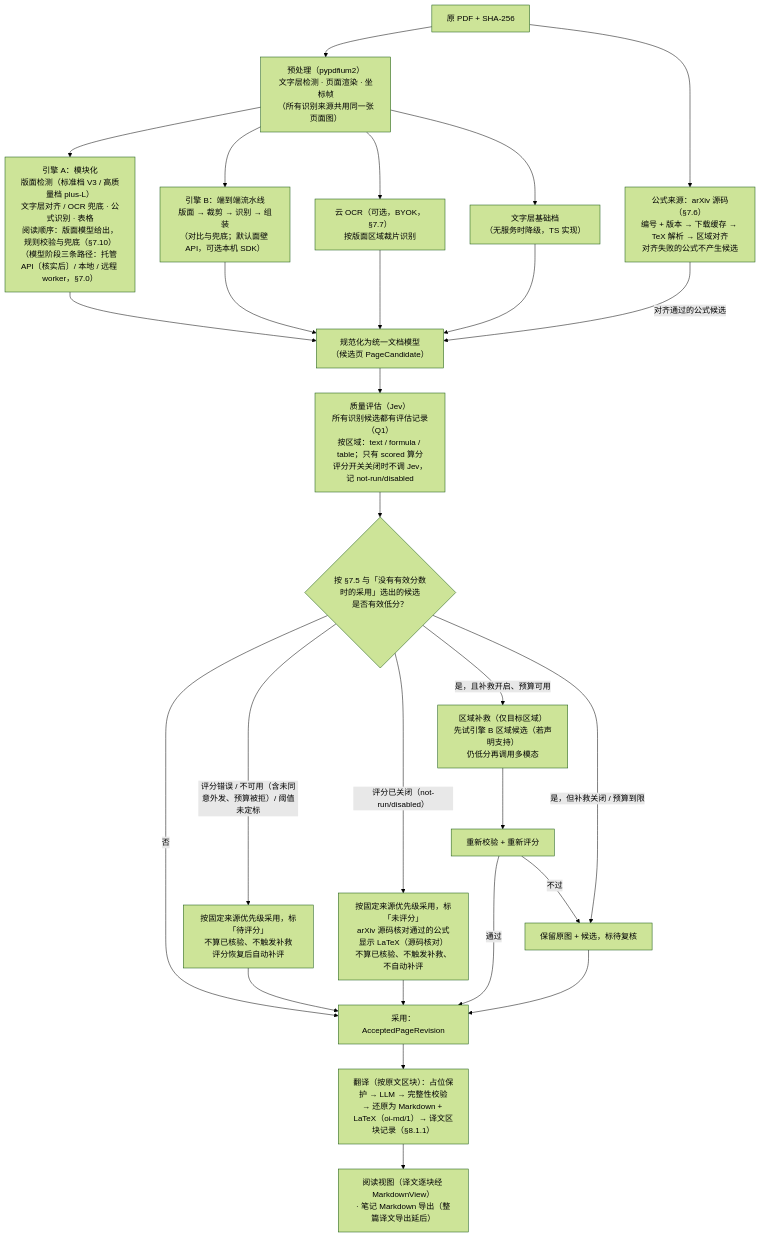
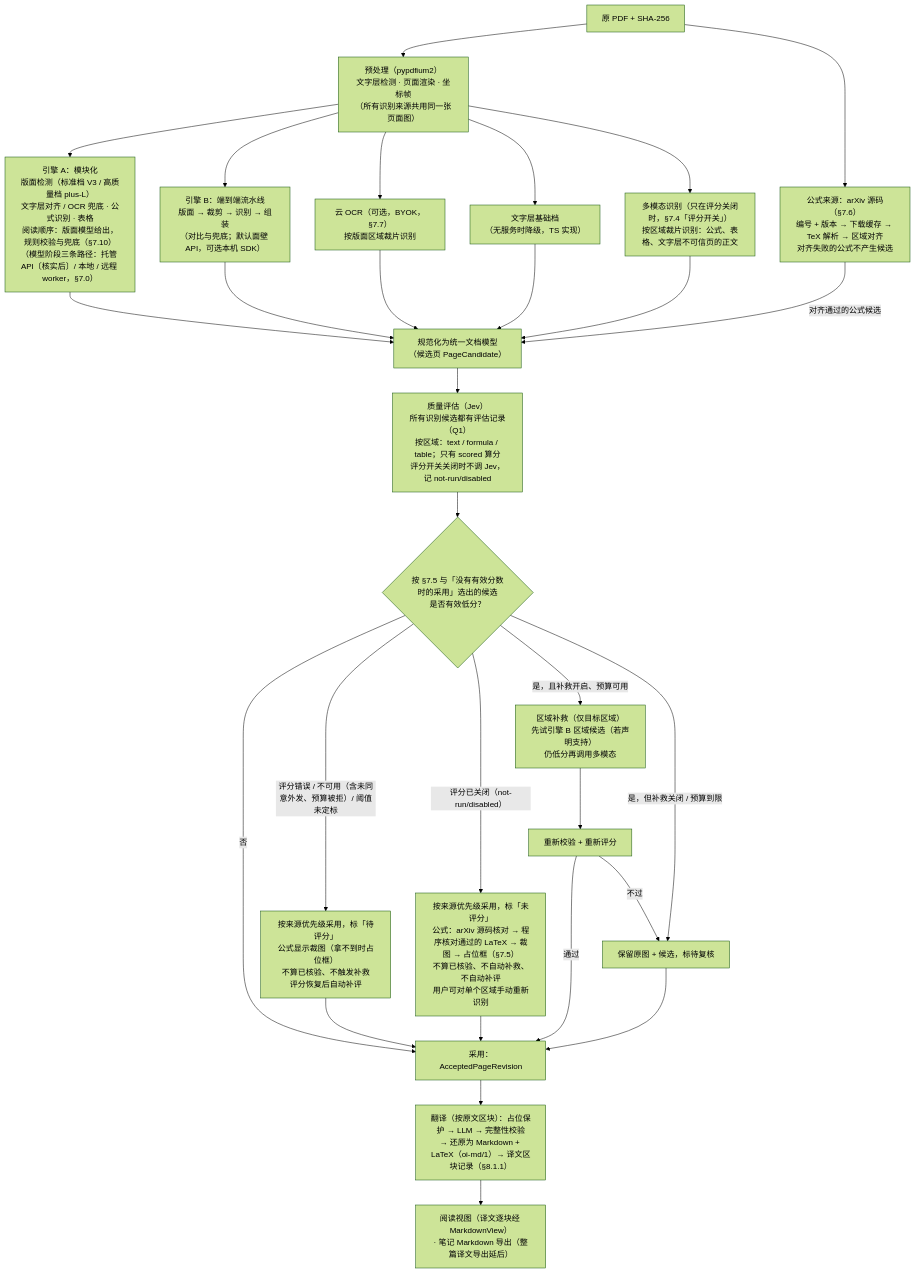
Before and after one commit to wisdom-km/open-immerse-v2: the fourth of 6 diagrams in ARCHITECTURE.md, drawn with Mermaid (forest theme). The commit also changed other lines of this file, not shown here.

````diff
--- a/ARCHITECTURE.md
+++ b/ARCHITECTURE.md
@@ -772,29 +772,31 @@
 ```mermaid
 flowchart TD
   IN["原 PDF + SHA-256"] --> PRE["预处理（pypdfium2）<br/>文字层检测 · 页面渲染 · 坐标帧<br/>（所有识别来源共用同一张页面图）"]
   IN --> AX["公式来源：arXiv 源码（§7.6）<br/>编号 + 版本 → 下载缓存 → TeX 解析 → 区域对齐<br/>对齐失败的公式不产生候选"]
   PRE --> A["引擎 A：模块化<br/>版面检测（标准档 V3 / 高质量档 plus-L）<br/>文字层对齐 / OCR 兜底 · 公式识别 · 表格<br/>阅读顺序：版面模型给出，规则校验与兜底（§7.10）<br/>（模型阶段三条路径：托管 API〔核实后〕/ 本地 / 远程 worker，§7.0）"]
   PRE --> B["引擎 B：端到端流水线<br/>版面 → 裁剪 → 识别 → 组装<br/>（对比与兜底；默认面壁 API，可选本机 SDK）"]
   PRE --> CO["云 OCR（可选，BYOK，§7.7）<br/>按版面区域裁片识别"]
   PRE --> T["文字层基础档<br/>（无服务时降级，TS 实现）"]
-  A --> N["规范化为统一文档模型<br/>（候选页 PageCandidate）"]
+  PRE --> MM["多模态识别（只在评分关闭时，§7.4「评分开关」）<br/>按区域裁片识别：公式、表格、文字层不可信页的正文"]
+  A --> N
+  MM --> N["规范化为统一文档模型<br/>（候选页 PageCandidate）"]
   B --> N
   CO --> N
   T --> N
   AX -- "对齐通过的公式候选" --> N
   N --> Q["质量评估（Jev）<br/>所有识别候选都有评估记录（Q1）<br/>按区域：text / formula / table；只有 scored 算分<br/>评分开关关闭时不调 Jev，记 not-run/disabled"]
   Q --> D{"按 §7.5 与「没有有效分数时的采用」选出的候选<br/>是否有效低分？"}
   D -- "否" --> ACC["采用：AcceptedPageRevision"]
-  D -- "评分错误 / 不可用（含未同意外发、预算被拒）/ 阈值未定标" --> PEND["按固定来源优先级采用，标「待评分」<br/>不算已核验、不触发补救<br/>评分恢复后自动补评"]
+  D -- "评分错误 / 不可用（含未同意外发、预算被拒）/ 阈值未定标" --> PEND["按来源优先级采用，标「待评分」<br/>公式显示裁图（拿不到时占位框）<br/>不算已核验、不触发补救<br/>评分恢复后自动补评"]
   PEND --> ACC
-  D -- "评分已关闭（not-run/disabled）" --> OFF["按固定来源优先级采用，标「未评分」<br/>arXiv 源码核对通过的公式显示 LaTeX（源码核对）<br/>不算已核验、不触发补救、不自动补评"]
+  D -- "评分已关闭（not-run/disabled）" --> OFF["按来源优先级采用，标「未评分」<br/>公式：arXiv 源码核对 → 程序核对通过的 LaTeX → 裁图 → 占位框（§7.5）<br/>不算已核验、不自动补救、不自动补评<br/>用户可对单个区域手动重新识别"]
   OFF --> ACC
   D -- "是，且补救开启、预算可用" --> RP["区域补救（仅目标区域）<br/>先试引擎 B 区域候选（若声明支持）<br/>仍低分再调用多模态"]
   D -- "是，但补救关闭 / 预算到限" --> FB["保留原图 + 候选，标待复核"]
   RP --> Q2["重新校验 + 重新评分"]
   Q2 -- "通过" --> ACC
   Q2 -- "不过" --> FB
   FB --> ACC
   ACC --> TR["翻译（按原文区块）：占位保护 → LLM → 完整性校验<br/>→ 还原为 Markdown + LaTeX（oi-md/1）→ 译文区块记录（§8.1.1）"]
   TR --> OUT["阅读视图（译文逐块经 MarkdownView）<br/>· 笔记 Markdown 导出（整篇译文导出延后）"]
 ```
````
